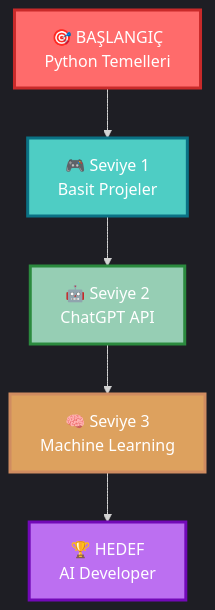
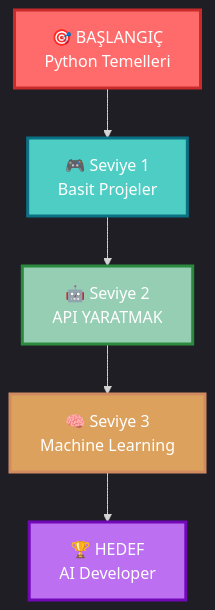
One commit to Lukosadev1/Lukosadev1 changed the diagram in README.md. Above: the diagram before and after it, drawn with Mermaid. The commit also changed other lines of this file, not shown here.

````diff
--- a/README.md
+++ b/README.md
@@ -114,14 +113,14 @@
 ```mermaid
 %%{init: {'theme':'dark'}}%%
 graph TB
     A[🎯 BAŞLANGIÇ<br/>Python Temelleri] --> B[🎮 Seviye 1<br/>Basit Projeler]
-    B --> C[🤖 Seviye 2<br/>ChatGPT API]
+    B --> C[🤖 Seviye 2<br/>API YARATMAK]
     C --> D[🧠 Seviye 3<br/>Machine Learning]
     D --> E[🏆 HEDEF<br/>AI Developer]
     
     style A fill:#FF6B6B,stroke:#C92A2A,stroke-width:3px,color:#fff
     style B fill:#4ECDC4,stroke:#0B7285,stroke-width:3px,color:#fff
     style C fill:#96CEB4,stroke:#2B8A3E,stroke-width:3px,color:#fff
     style D fill:#DDA15E,stroke:#D08C60,stroke-width:3px,color:#fff
     style E fill:#BC6FF1,stroke:#7209B7,stroke-width:3px,color:#fff
 ```
````
